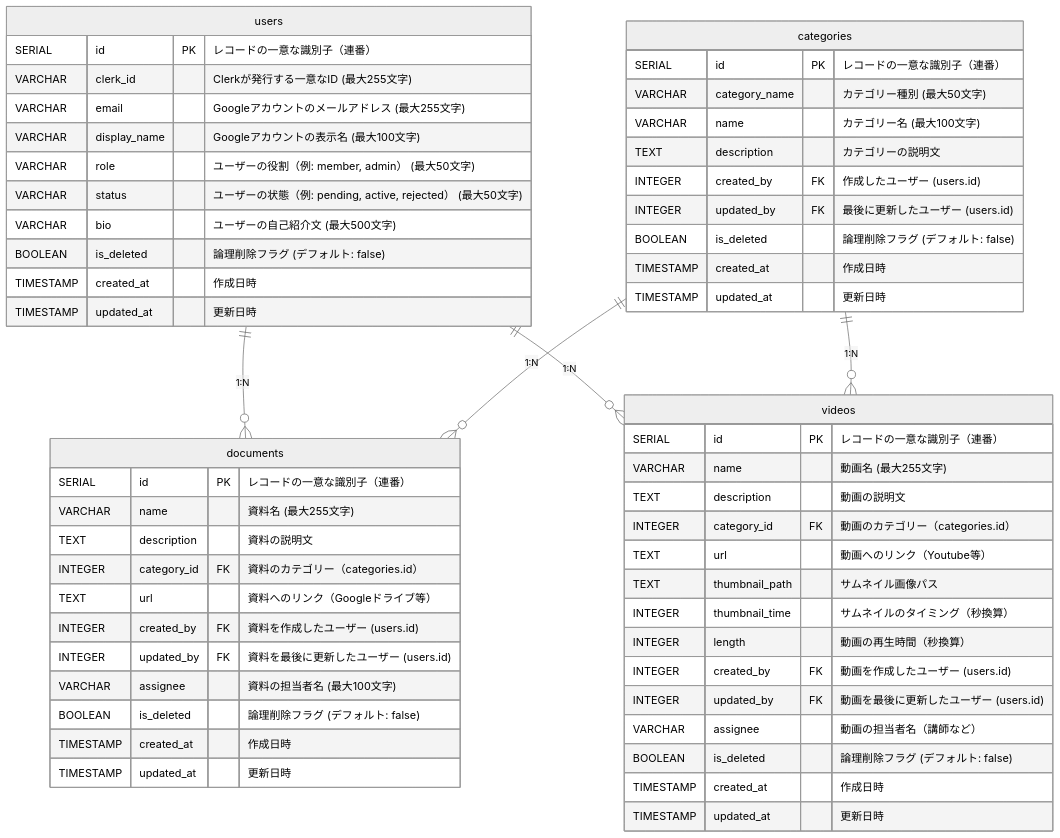
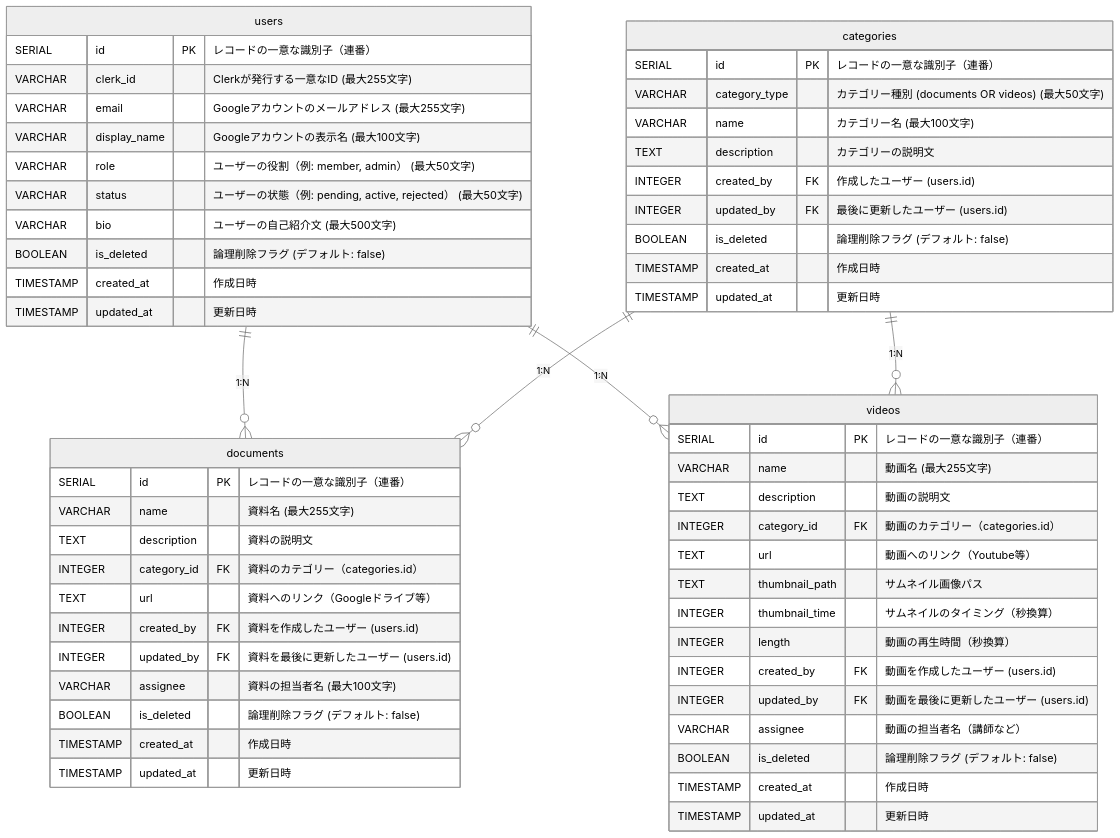
The diagram in docs/database.md (Singuralitylabs/portal-site), drawn with Mermaid (neutral theme) before and after one commit. The commit also changed other lines of this file and 11 other files, not shown here.

````diff
--- a/docs/database.md
+++ b/docs/database.md
@@ -94,63 +94,63 @@
 ```mermaid
 erDiagram
     users {
         SERIAL id PK "レコードの一意な識別子（連番）"
         VARCHAR clerk_id "Clerkが発行する一意なID (最大255文字)"
         VARCHAR email "Googleアカウントのメールアドレス (最大255文字)"
         VARCHAR display_name "Googleアカウントの表示名 (最大100文字)"
         VARCHAR role "ユーザーの役割（例: member, admin） (最大50文字)"
         VARCHAR status "ユーザーの状態（例: pending, active, rejected） (最大50文字)"
         VARCHAR bio "ユーザーの自己紹介文 (最大500文字)"
         BOOLEAN is_deleted "論理削除フラグ (デフォルト: false)"
         TIMESTAMP created_at "作成日時"
         TIMESTAMP updated_at "更新日時"
     }
 
     documents {
         SERIAL id PK "レコードの一意な識別子（連番）"
         VARCHAR name "資料名 (最大255文字)"
         TEXT description "資料の説明文"
         INTEGER category_id FK "資料のカテゴリー（categories.id）"
         TEXT url "資料へのリンク（Googleドライブ等）"
         INTEGER created_by FK "資料を作成したユーザー (users.id)"
         INTEGER updated_by FK "資料を最後に更新したユーザー (users.id)"
         VARCHAR assignee "資料の担当者名 (最大100文字)"
         BOOLEAN is_deleted "論理削除フラグ (デフォルト: false)"
         TIMESTAMP created_at "作成日時"
         TIMESTAMP updated_at "更新日時"
     }
 
     videos {
         SERIAL id PK "レコードの一意な識別子（連番）"
         VARCHAR name "動画名 (最大255文字)"
         TEXT description "動画の説明文"
         INTEGER category_id FK "動画のカテゴリー（categories.id）"
         TEXT url "動画へのリンク（Youtube等）"
         TEXT thumbnail_path "サムネイル画像パス"
         INTEGER thumbnail_time "サムネイルのタイミング（秒換算）"
         INTEGER length "動画の再生時間（秒換算）"
         INTEGER created_by FK "動画を作成したユーザー (users.id)"
         INTEGER updated_by FK "動画を最後に更新したユーザー (users.id)"
         VARCHAR assignee "動画の担当者名（講師など）"
         BOOLEAN is_deleted "論理削除フラグ (デフォルト: false)"
         TIMESTAMP created_at "作成日時"
         TIMESTAMP updated_at "更新日時"
     }
 
     categories {
         SERIAL id PK "レコードの一意な識別子（連番）"
-        VARCHAR category_name "カテゴリー種別 (最大50文字)"
+        VARCHAR category_type "カテゴリー種別 (documents OR videos) (最大50文字)"
         VARCHAR name "カテゴリー名 (最大100文字)"
         TEXT description "カテゴリーの説明文"
         INTEGER created_by FK "作成したユーザー (users.id)"
         INTEGER updated_by FK "最後に更新したユーザー (users.id)"
         BOOLEAN is_deleted "論理削除フラグ (デフォルト: false)"
         TIMESTAMP created_at "作成日時"
         TIMESTAMP updated_at "更新日時"
     }
 
     users ||--o{ documents : "1:N"
     users ||--o{ videos : "1:N"
     categories ||--o{ documents : "1:N"
     categories ||--o{ videos : "1:N"
 ```
````
